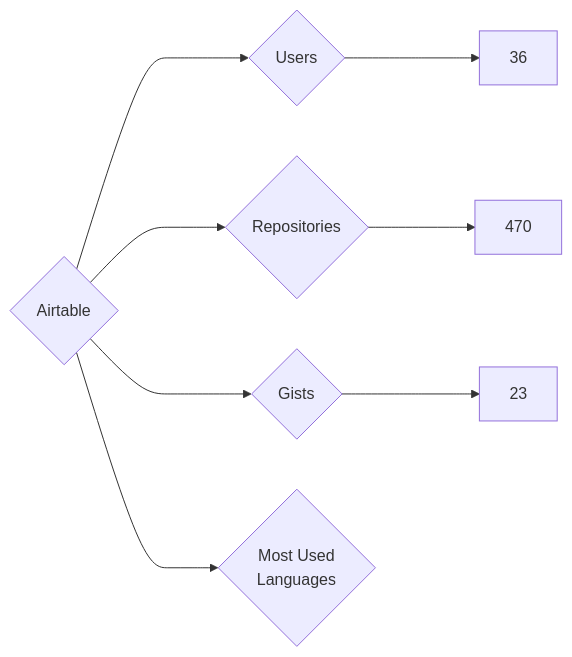
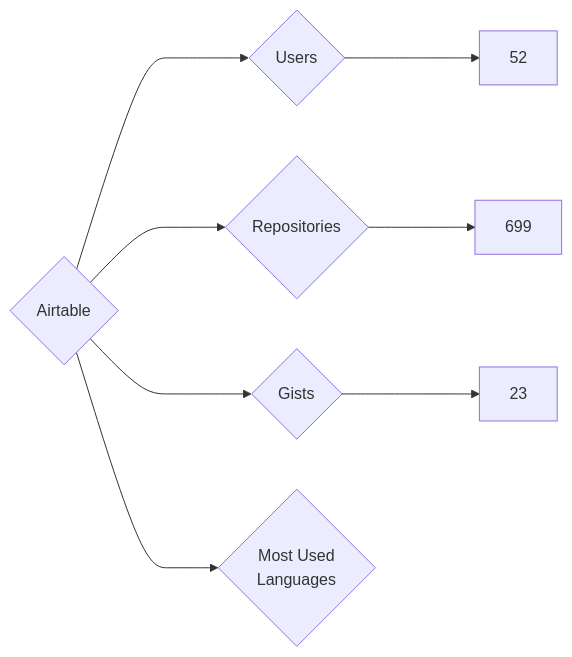
The diagram in targets/Airtable/README.md (nenadzaric/insiders), drawn with Mermaid before and after one commit. The commit also changed 24 other files, not shown here.

````diff
--- a/targets/Airtable/README.md
+++ b/targets/Airtable/README.md
@@ -3,8 +3,8 @@
 ```mermaid
 graph LR
 COMPANY_NAME{Airtable}
-COMPANY_NAME ---> U{Users} ---> UN[36]
-COMPANY_NAME ---> R{Repositories} ---> RN[470]
+COMPANY_NAME ---> U{Users} ---> UN[52]
+COMPANY_NAME ---> R{Repositories} ---> RN[699]
 COMPANY_NAME ---> G{Gists} ---> GN[23]
 COMPANY_NAME ---> ML{Most Used<br>Languages}
 ```
````
